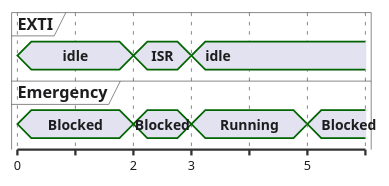
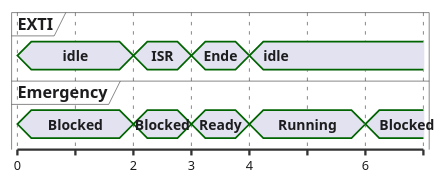
The eighth of 9 diagrams in vorlesungen/03_einfuehrung-rtos.qmd (dantschi/echtzeitsysteme), drawn with PlantUML before and after one commit. The commit also changed other lines of this file, not shown here.

````diff
--- a/vorlesungen/03_einfuehrung-rtos.qmd
+++ b/vorlesungen/03_einfuehrung-rtos.qmd
@@ -785,27 +1017,30 @@
 ```{.plantuml}
 @startuml
 skinparam backgroundColor transparent
 skinparam defaultFontName "Inter, sans-serif"
 skinparam defaultFontColor #1D1D1F
 skinparam ArrowColor #86868B
 skinparam timing {
   BackgroundColor #FFFFFF
   BorderColor #E5E5EA
   LineColor #1D1D1F
   SignalColor #E2001A
 }
 concise "EXTI" as E
 concise "Emergency" as T
 @0
 E is idle
 T is Blocked
 @2
 E is ISR
 T is Blocked
 @3
+E is Ende
+T is Ready
+@4
 E is idle
 T is Running
-@5
+@6
 T is Blocked
 @enduml
 ```
````
